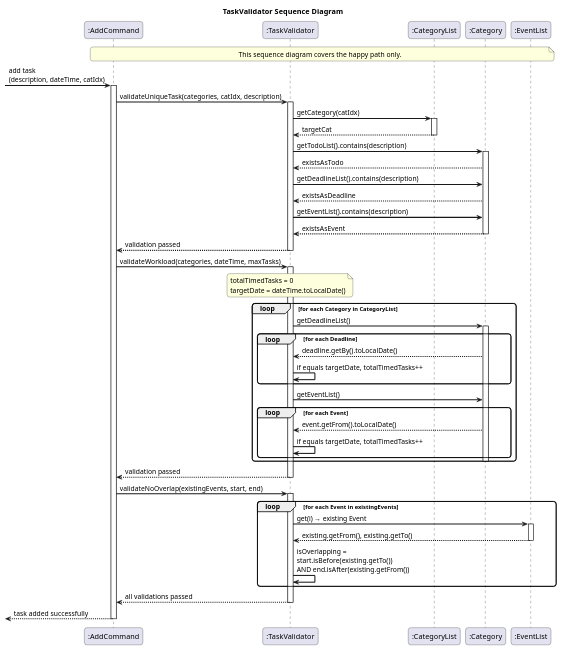
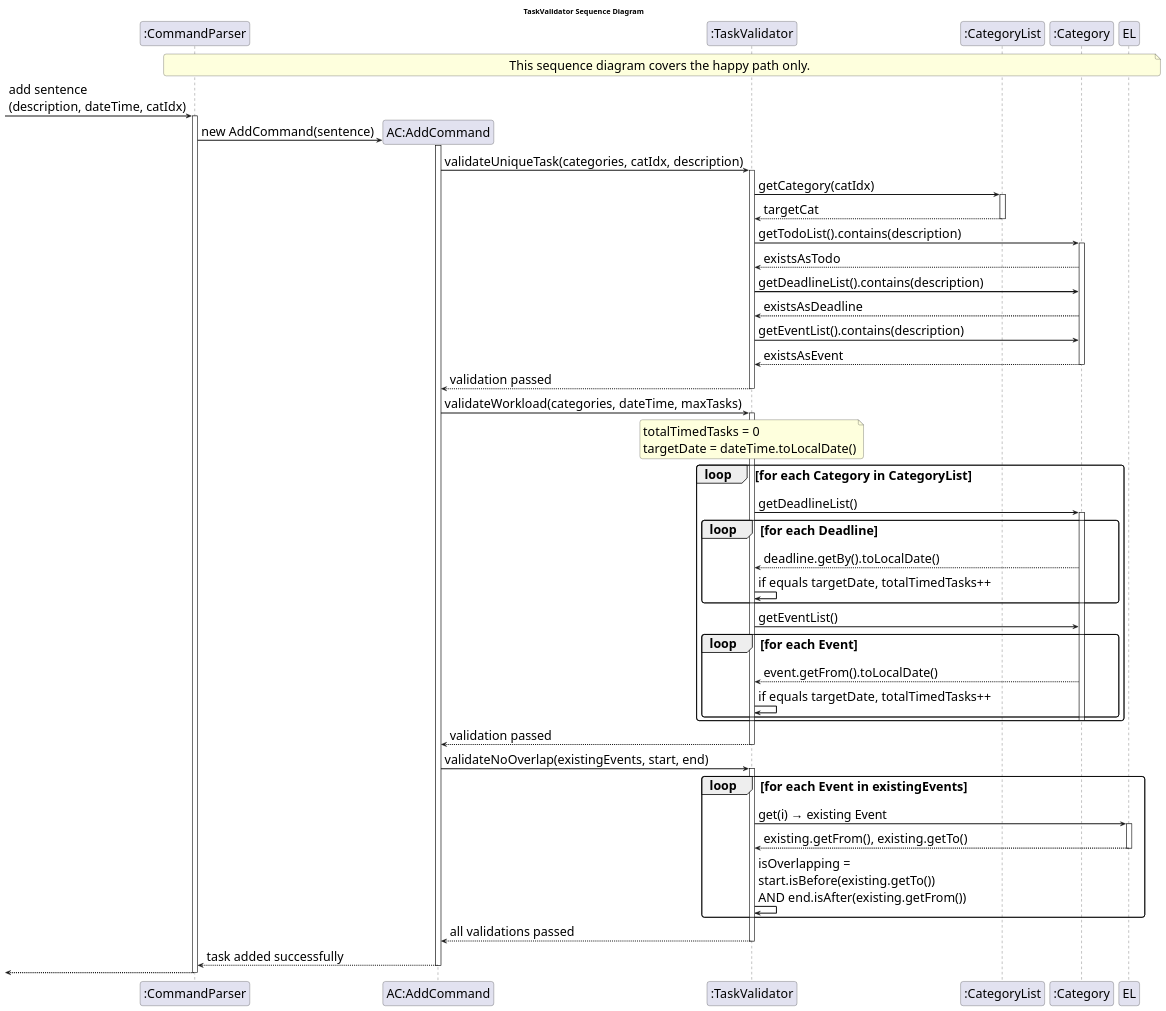
One commit to sushmiithaa/tp changed the diagram in docs/puml/TaskValidator.puml. Above: the diagram before and after it, drawn with PlantUML. The commit also changed 9 other files, not shown here.

Commit message:
Updates to sequence diagrams and class diagrams

```diff
--- a/docs/puml/TaskValidator.puml
+++ b/docs/puml/TaskValidator.puml
@@ -1,87 +1,96 @@
 @startuml TaskValidatorSequenceDiagram
 
 
 skinparam sequenceArrowThickness 2
 skinparam roundcorner 10
+skinparam DefaultFontSize 24
+skinparam ArrowFontSize 24
 
 title TaskValidator Sequence Diagram
 
-participant ":AddCommand" as AC
+participant ":CommandParser" as CP
+
+note over CP,EL : This sequence diagram covers the happy path only.
+-> CP : add sentence \n(description, dateTime, catIdx)
+activate CP
+
+create "AC:AddCommand" as AC
+CP -> AC : new AddCommand(sentence)
+activate AC
+
 participant ":TaskValidator" as TV
 participant ":CategoryList" as CL
 participant ":Category" as CAT
 participant ":EventList" as EL
-
-note over AC, EL : This sequence diagram covers the happy path only.
-
--> AC : add task\n(description, dateTime, catIdx)
-activate AC
 
 '─── Step 1: Unique Task ───────────────────────────────────
 AC -> TV : validateUniqueTask(categories, catIdx, description)
 activate TV
 
 TV -> CL : getCategory(catIdx)
 activate CL
 CL --> TV : targetCat
 deactivate CL
 
 TV -> CAT : getTodoList().contains(description)
 activate CAT
 CAT --> TV : existsAsTodo
 
 TV -> CAT : getDeadlineList().contains(description)
 CAT --> TV : existsAsDeadline
 
 TV -> CAT : getEventList().contains(description)
 CAT --> TV : existsAsEvent
 deactivate CAT
 
 TV --> AC : validation passed
 deactivate TV
 
 '─── Step 2: Workload ──────────────────────────────────────
 AC -> TV : validateWorkload(categories, dateTime, maxTasks)
 activate TV
 
 note over TV : totalTimedTasks = 0\ntargetDate = dateTime.toLocalDate()
 
 loop for each Category in CategoryList
     TV -> CAT : getDeadlineList()
     activate CAT
     loop for each Deadline
         CAT --> TV : deadline.getBy().toLocalDate()
         TV -> TV : if equals targetDate, totalTimedTasks++
     end
 
     TV -> CAT : getEventList()
     loop for each Event
         CAT --> TV : event.getFrom().toLocalDate()
         TV -> TV : if equals targetDate, totalTimedTasks++
     end
     deactivate CAT
 end
 
 TV --> AC : validation passed
 deactivate TV
 
 '─── Step 3: Overlap (Events only) ────────────────────────
 AC -> TV : validateNoOverlap(existingEvents, start, end)
 activate TV
 
 loop for each Event in existingEvents
     TV -> EL : get(i) → existing Event
     activate EL
     EL --> TV : existing.getFrom(), existing.getTo()
     deactivate EL
 
     TV -> TV : isOverlapping =\nstart.isBefore(existing.getTo())\nAND end.isAfter(existing.getFrom())
 end
 
 TV --> AC : all validations passed
 deactivate TV
 
-<-- AC : task added successfully
+AC --> CP : task added successfully
 deactivate AC
 
+<-- CP
+deactivate CP
+
 @enduml
```
